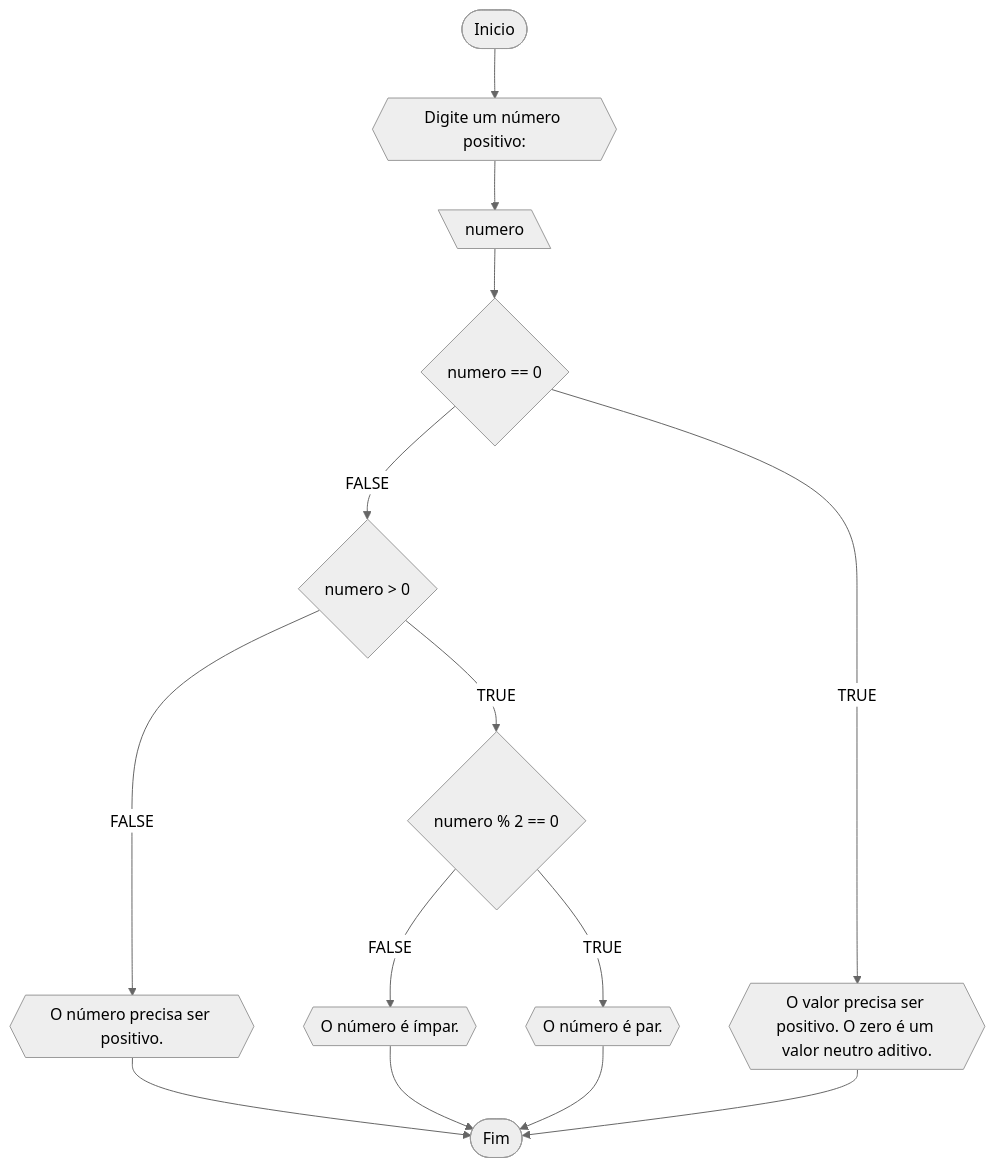
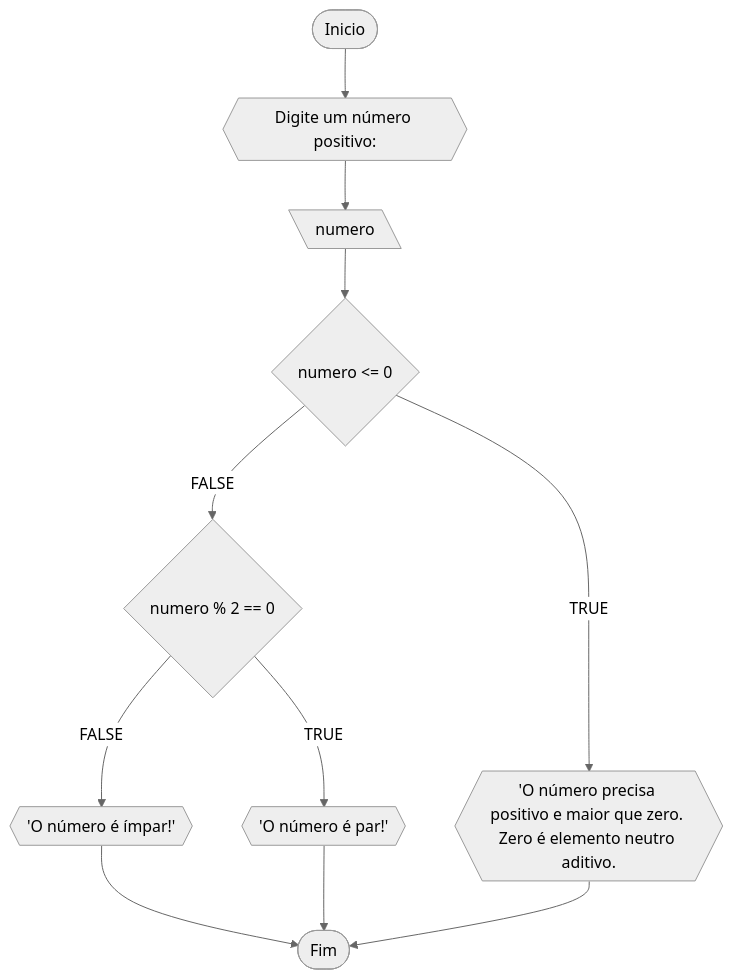
Before and after one commit to stuffxdd/Unifor: the first of 4 diagrams in RLA/unidade 1/lista1.md, drawn with Mermaid (neutral theme). The commit also changed other lines of this file, not shown here.

````diff
--- a/RLA/unidade 1/lista1.md
+++ b/RLA/unidade 1/lista1.md
@@ -13,15 +14,12 @@
 ```mermaid
 flowchart TD
 A([Inicio]) --> B{{Digite um número positivo: }}
 B --> C[\numero\]
-C --> D{numero == 0}
-D --FALSE--> E{numero > 0}
-E --FALSE--> J{{O número precisa ser positivo.}} --> Z
-E --TRUE--> F{numero % 2 == 0}
-F --FALSE--> G{{O número é ímpar.}} --> Z
-F --TRUE--> H{{O número é par.}} --> Z
-D --TRUE--> I{{O valor precisa ser positivo. O zero é um valor neutro aditivo.}} --> Z
-
+C --> D{numero <= 0}
+D --FALSE--> E{numero % 2 == 0}
+E --FALSE--> F{{'O número é ímpar!'}} --> Z
+E --TRUE--> G{{'O número é par!'}} --> Z
+D --TRUE--> H{{'O número precisa positivo e maior que zero. Zero é elemento neutro aditivo. }} --> Z
 Z([Fim])
 
 ```
````
